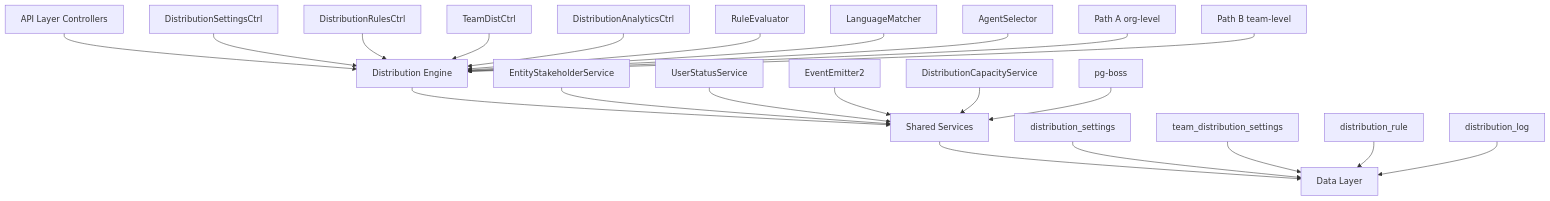
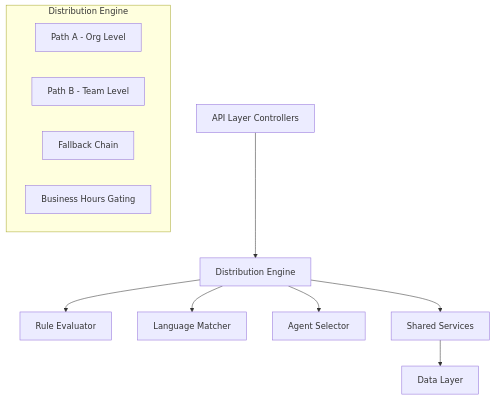
Before and after one commit to tech-propwise-org/docs: the diagram in backend/crm/distribution-module-final-specification.mdx, drawn with Mermaid. The commit also changed other lines of this file and 47 other files, not shown here.

````diff
--- a/backend/crm/distribution-module-final-specification.mdx
+++ b/backend/crm/distribution-module-final-specification.mdx
@@ -49,28 +53,16 @@
 ```mermaid
-graph TD
+graph TB
     A[API Layer Controllers] --> B[Distribution Engine]
-    B --> C[Shared Services]
-    C --> D[Data Layer]
+    B --> C[Rule Evaluator]
+    B --> D[Language Matcher]
+    B --> E[Agent Selector]
+    B --> F[Shared Services]
+    F --> G[Data Layer]
     
-    A1[DistributionSettingsCtrl] --> B
-    A2[DistributionRulesCtrl] --> B
-    A3[TeamDistCtrl] --> B
-    A4[DistributionAnalyticsCtrl] --> B
-    
-    B1[RuleEvaluator] --> B
-    B2[LanguageMatcher] --> B
-    B3[AgentSelector] --> B
-    B4[Path A org-level] --> B
-    B5[Path B team-level] --> B
-    
-    C1[EntityStakeholderService] --> C
-    C2[UserStatusService] --> C
-    C3[EventEmitter2] --> C
-    C4[DistributionCapacityService] --> C
-    C5[pg-boss] --> C
-    
-    D1[distribution_settings] --> D
-    D2[team_distribution_settings] --> D
-    D3[distribution_rule] --> D
-    D4[distribution_log] --> D
+    subgraph "Distribution Engine"
+        H[Path A - Org Level]
+        I[Path B - Team Level]
+        J[Fallback Chain]
+        K[Business Hours Gating]
+    end
 ```
````
